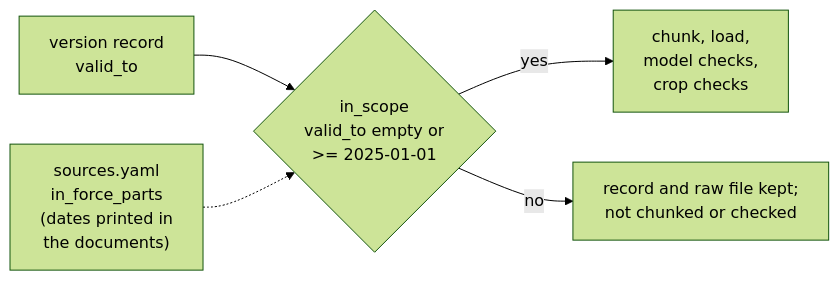
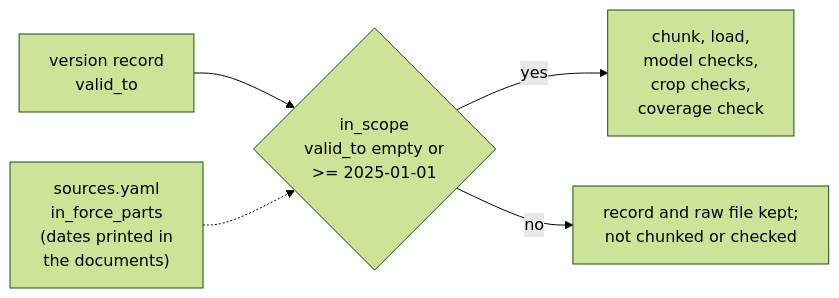
One commit to florinmarcus/builders_lab changed diagram 18 of 20 in architecture/design/regulations-corpus.md. Above: the diagram before and after it, drawn with Mermaid (forest theme). The commit also changed other lines of this file and 3 other files, not shown here.

First line of the commit message:
Coverage check uses the shared scope rule corpus.in_scope (S120)

````diff
--- a/architecture/design/regulations-corpus.md
+++ b/architecture/design/regulations-corpus.md
@@ -404,7 +405,7 @@
 ```mermaid
 flowchart LR
     rec["version record<br/>valid_to"] --> rule{"in_scope<br/>valid_to empty or<br/>>= 2025-01-01"}
     over["sources.yaml<br/>in_force_parts<br/>(dates printed in<br/>the documents)"] -.-> rule
-    rule -->|yes| work["chunk, load,<br/>model checks,<br/>crop checks"]
+    rule -->|yes| work["chunk, load,<br/>model checks,<br/>crop checks,<br/>coverage check"]
     rule -->|no| keep["record and raw file kept;<br/>not chunked or checked"]
 ```
````
